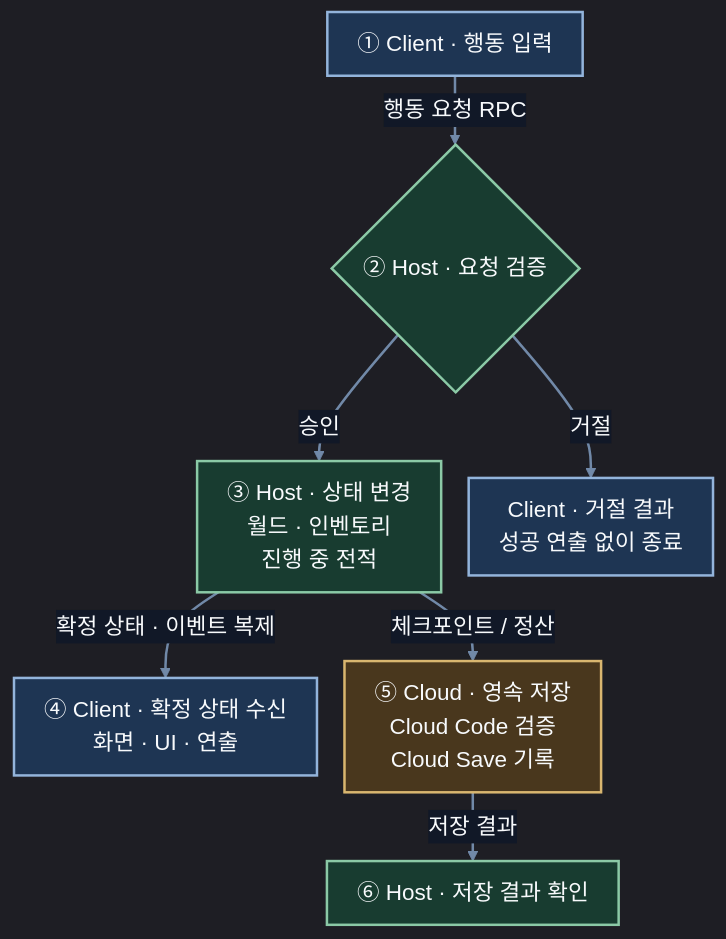
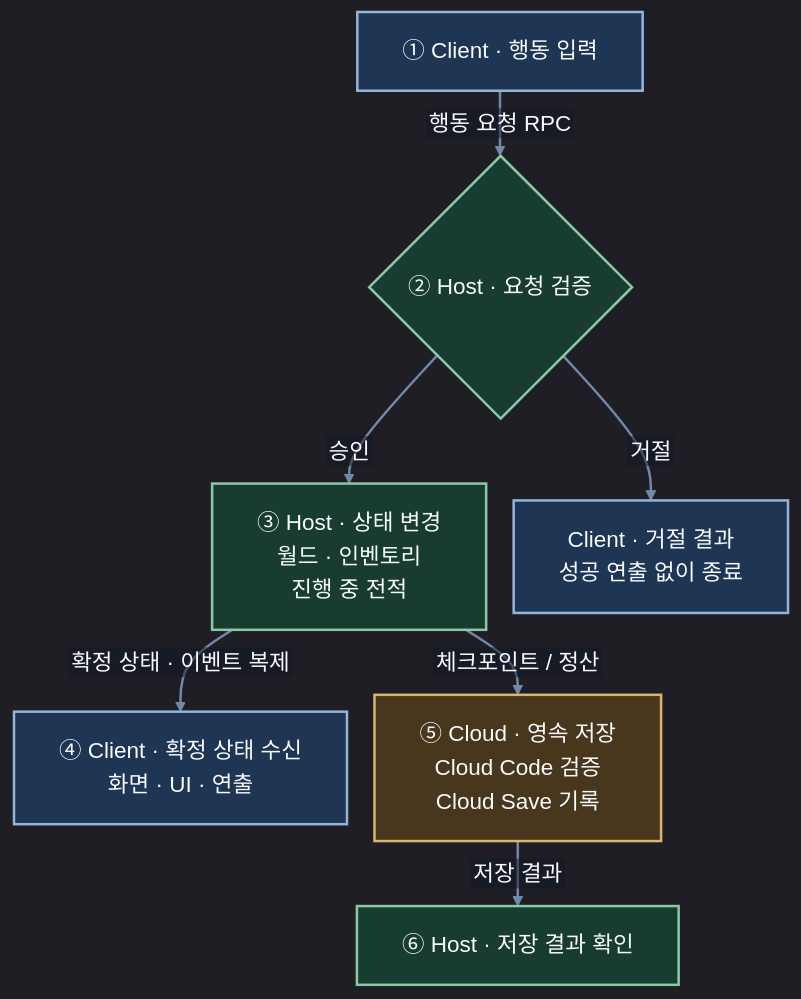
Before and after one commit to theholmes2/EchoZone: the fourth of 9 diagrams in README.md, drawn with Mermaid. The commit also changed other lines of this file, not shown here.

Commit message:
문서: README Mermaid 글꼴과 흐름 배치 가독성 개선

````diff
--- a/README.md
+++ b/README.md
@@ -148,25 +162,25 @@
 ```mermaid
-%%{init: {"theme":"dark","themeVariables":{"fontSize":"18px","fontFamily":"sans-serif","primaryColor":"#1E3553","primaryTextColor":"#F8FAFC","primaryBorderColor":"#93B4DB","lineColor":"#7189A8","secondaryColor":"#183C30","tertiaryColor":"#49371D","clusterBkg":"#1E3553","clusterBorder":"#93B4DB","actorBkg":"#1E3553","actorBorder":"#93B4DB","actorTextColor":"#F8FAFC","signalColor":"#F8FAFC","signalTextColor":"#F8FAFC","labelBoxBkgColor":"#49371D","labelBoxBorderColor":"#D9B66F","labelTextColor":"#F8FAFC","loopTextColor":"#F8FAFC","noteBkgColor":"#25354B","noteTextColor":"#F8FAFC","noteBorderColor":"#93B4DB","textColor":"#F8FAFC","titleColor":"#F8FAFC","secondaryTextColor":"#F8FAFC","tertiaryTextColor":"#F8FAFC","edgeLabelBackground":"#111827","nodeTextColor":"#F8FAFC","actorLineColor":"#CBD5E1","activationBorderColor":"#CBD5E1","activationBkgColor":"#25354B","darkMode":true,"background":"#111827"},"flowchart":{"nodeSpacing":22,"rankSpacing":28,"padding":12},"sequence":{"actorMargin":24,"width":110,"height":44,"diagramMarginX":8,"diagramMarginY":12,"messageMargin":28,"mirrorActors":false,"wrap":true,"actorFontSize":18,"messageFontSize":18,"noteFontSize":17},"darkMode":true,"themeCSS":"text, tspan { fill: #F8FAFC !important; } .nodeLabel, .nodeLabel p, .nodeLabel span, .edgeLabel, .edgeLabel p, .cluster-label, .cluster-label p { color: #F8FAFC !important; } .messageText, .noteText, .labelText, .loopText { fill: #F8FAFC !important; color: #F8FAFC !important; } .messageLine0, .messageLine1, .actor-line { stroke: #E2E8F0 !important; }"}}%%
+%%{init: {"theme":"dark","themeVariables":{"fontSize":"18px","fontFamily":"Arial, Malgun Gothic, sans-serif","primaryColor":"#1E3553","primaryTextColor":"#F8FAFC","primaryBorderColor":"#93B4DB","lineColor":"#7189A8","secondaryColor":"#183C30","tertiaryColor":"#49371D","clusterBkg":"#1E3553","clusterBorder":"#93B4DB","actorBkg":"#1E3553","actorBorder":"#93B4DB","actorTextColor":"#F8FAFC","signalColor":"#F8FAFC","signalTextColor":"#F8FAFC","labelBoxBkgColor":"#49371D","labelBoxBorderColor":"#D9B66F","labelTextColor":"#F8FAFC","loopTextColor":"#F8FAFC","noteBkgColor":"#25354B","noteTextColor":"#F8FAFC","noteBorderColor":"#93B4DB","textColor":"#F8FAFC","titleColor":"#F8FAFC","secondaryTextColor":"#F8FAFC","tertiaryTextColor":"#F8FAFC","edgeLabelBackground":"#111827","nodeTextColor":"#F8FAFC","actorLineColor":"#CBD5E1","activationBorderColor":"#CBD5E1","activationBkgColor":"#25354B","darkMode":true,"background":"#111827"},"flowchart":{"nodeSpacing":22,"rankSpacing":28,"padding":18,"htmlLabels":false,"wrappingWidth":360,"subGraphTitleMargin":{"top":8,"bottom":18}},"sequence":{"actorMargin":24,"width":110,"height":44,"diagramMarginX":8,"diagramMarginY":12,"messageMargin":28,"mirrorActors":false,"wrap":true,"actorFontSize":18,"messageFontSize":18,"noteFontSize":17},"darkMode":true,"themeCSS":"text, tspan { fill: #F8FAFC !important; } .nodeLabel, .nodeLabel p, .nodeLabel span, .edgeLabel, .edgeLabel p, .cluster-label, .cluster-label p { color: #F8FAFC !important; } .messageText, .noteText, .labelText, .loopText { fill: #F8FAFC !important; color: #F8FAFC !important; } .messageLine0, .messageLine1, .actor-line { stroke: #E2E8F0 !important; }","fontFamily":"Arial, Malgun Gothic, sans-serif"}}%%
 flowchart TD
     Input["① Client · 행동 입력"]
     Check{"② Host · 요청 검증"}
     State["③ Host · 상태 변경<br/>월드 · 인벤토리<br/>진행 중 전적"]
     Reject["Client · 거절 결과<br/>성공 연출 없이 종료"]
     View["④ Client · 확정 상태 수신<br/>화면 · UI · 연출"]
     Save["⑤ Cloud · 영속 저장<br/>Cloud Code 검증<br/>Cloud Save 기록"]
     Ack["⑥ Host · 저장 결과 확인"]
     Input -->|행동 요청 RPC| Check
     Check -->|승인| State
     Check -->|거절| Reject
     State -->|확정 상태 · 이벤트 복제| View
     State -->|체크포인트 / 정산| Save
     Save -->|저장 결과| Ack
     classDef client fill:#1E3553,stroke:#93B4DB,stroke-width:2px,color:#F8FAFC
     classDef host fill:#183C30,stroke:#8BC9A6,stroke-width:2px,color:#F8FAFC
     classDef cloud fill:#49371D,stroke:#D9B66F,stroke-width:2px,color:#F8FAFC
     class Input,View,Reject client
     class Check,State,Ack host
     class Save cloud
     classDef default fill:#25354B,stroke:#93B4DB,stroke-width:2px,color:#F8FAFC
     linkStyle default stroke:#7189A8,stroke-width:2px,color:#F8FAFC
 ```
````
